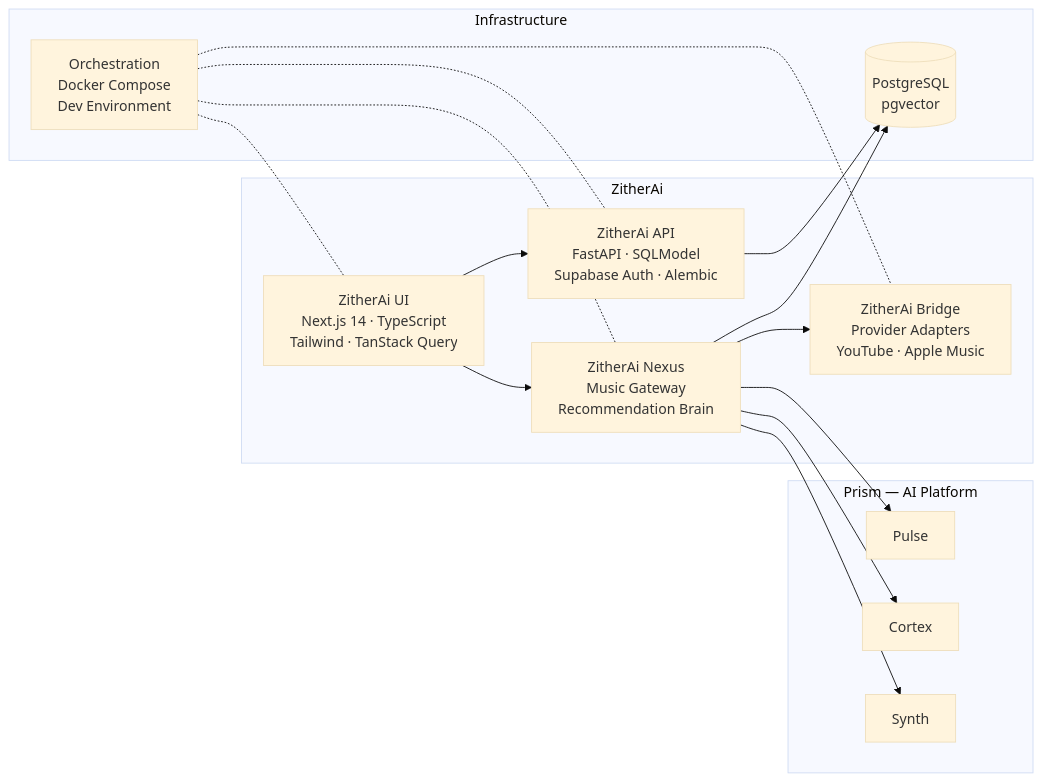
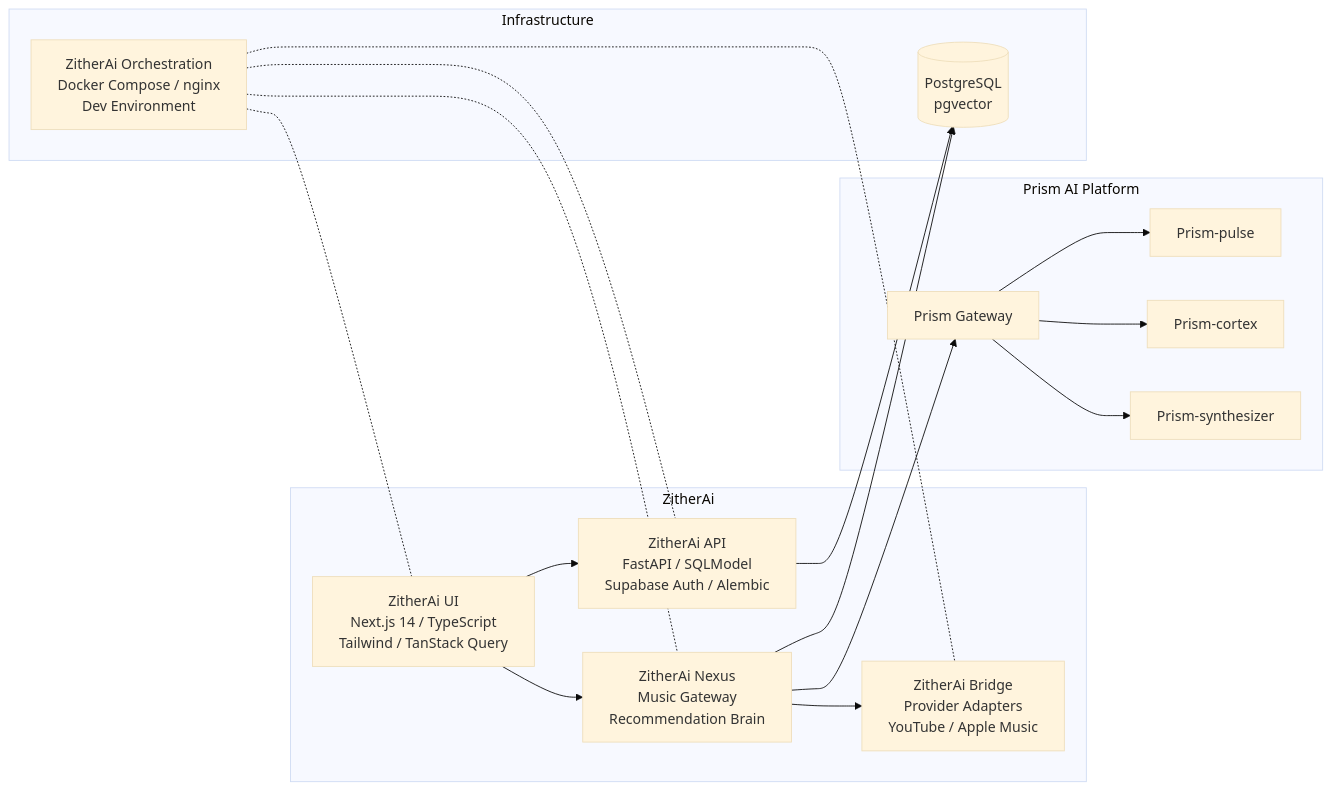
One commit to vsinghal3737/vsinghal3737 changed the third of 3 diagrams in README.md. Above: the diagram before and after it, drawn with Mermaid (base theme). The commit also changed other lines of this file, not shown here.

Commit message:
Update profile README for Prism gateway repos

````diff
--- a/README.md
+++ b/README.md
@@ -77,28 +85,30 @@
 ```mermaid
 flowchart LR
     subgraph ZitherAi
-        ZUI["ZitherAi UI<br/>Next.js 14 · TypeScript<br/>Tailwind · TanStack Query"]
-        ZAPI["ZitherAi API<br/>FastAPI · SQLModel<br/>Supabase Auth · Alembic"]
+        ZUI["ZitherAi UI<br/>Next.js 14 / TypeScript<br/>Tailwind / TanStack Query"]
+        ZAPI["ZitherAi API<br/>FastAPI / SQLModel<br/>Supabase Auth / Alembic"]
         ZNexus["ZitherAi Nexus<br/>Music Gateway<br/>Recommendation Brain"]
-        ZBridge["ZitherAi Bridge<br/>Provider Adapters<br/>YouTube · Apple Music"]
+        ZBridge["ZitherAi Bridge<br/>Provider Adapters<br/>YouTube / Apple Music"]
     end
 
-    subgraph Prism["Prism — AI Platform"]
-        Pulse["Pulse"]
-        Cortex["Cortex"]
-        Synth["Synth"]
+    subgraph Prism["Prism AI Platform"]
+        Gateway["Prism Gateway"]
+        Pulse["Prism-pulse"]
+        Cortex["Prism-cortex"]
+        Synthesizer["Prism-synthesizer"]
     end
 
     subgraph Infra["Infrastructure"]
-        ZOrch["Orchestration<br/>Docker Compose<br/>Dev Environment"]
-        PG[(PostgreSQL<br/>pgvector)]
+        ZOrch["ZitherAi Orchestration<br/>Docker Compose / nginx<br/>Dev Environment"]
+        PG[("PostgreSQL<br/>pgvector")]
     end
 
     ZUI --> ZAPI
     ZUI --> ZNexus
-    ZNexus --> Pulse & Cortex & Synth
+    ZNexus --> Gateway
+    Gateway --> Pulse & Cortex & Synthesizer
     ZNexus --> ZBridge
     ZAPI --> PG
     ZNexus --> PG
     ZOrch -.- ZUI & ZAPI & ZNexus & ZBridge
 ```
````
